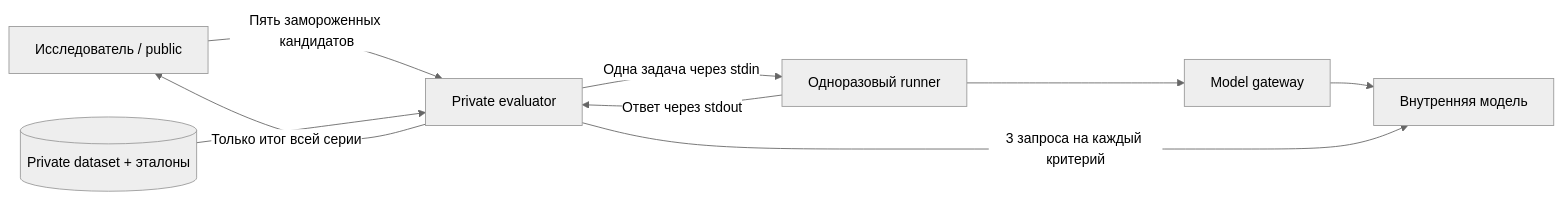
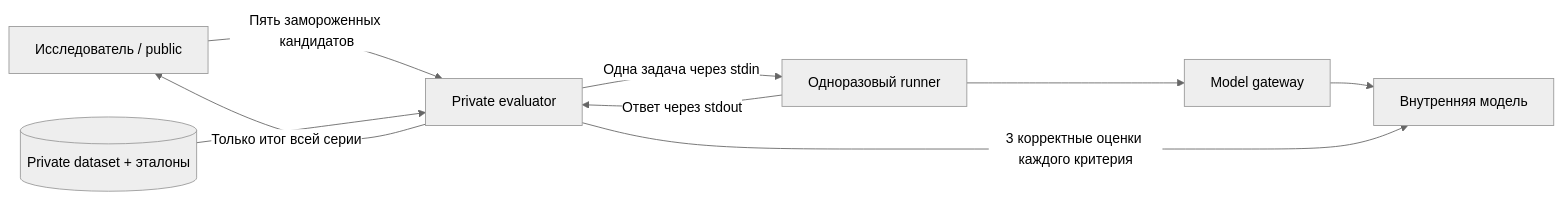
Before and after one commit to deeppavlov/arena: the diagram in common/isolation.md, drawn with Mermaid (neutral theme). The commit also changed other lines of this file and 39 other files, not shown here.

````diff
--- a/common/isolation.md
+++ b/common/isolation.md
@@ -12,11 +12,11 @@
 ```mermaid
 flowchart LR
     R[Исследователь / public] -->|Пять замороженных кандидатов| E[Private evaluator]
     D[(Private dataset + эталоны)] --> E
     E -->|Одна задача через stdin| W[Одноразовый runner]
     W -->|Ответ через stdout| E
     W --> G[Model gateway]
     G --> M[Внутренняя модель]
-    E -->|3 запроса на каждый критерий| M
+    E -->|3 корректные оценки каждого критерия| M
     E -->|Только итог всей серии| R
 ```
````
